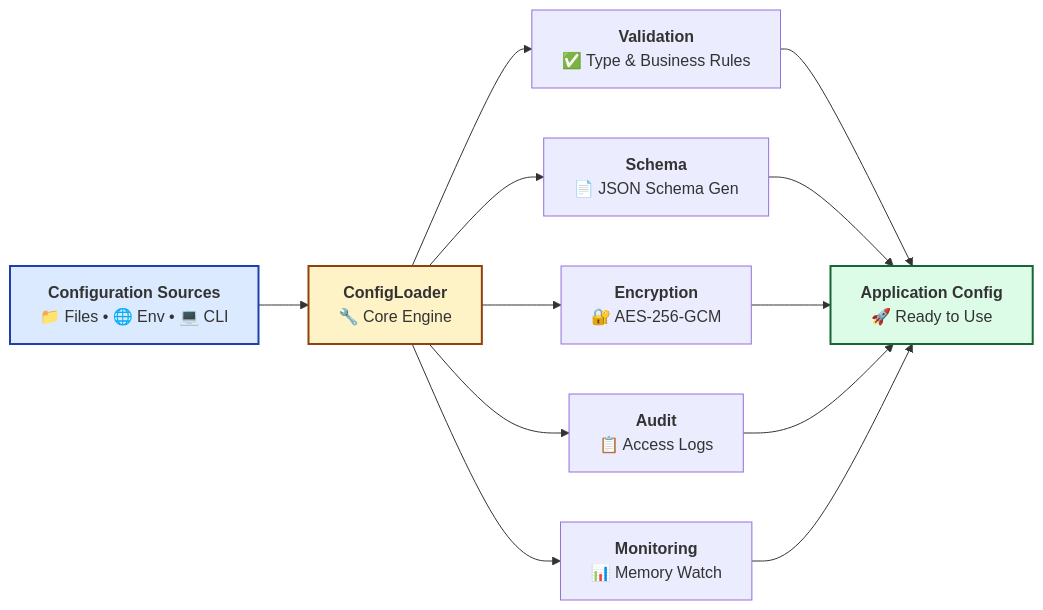
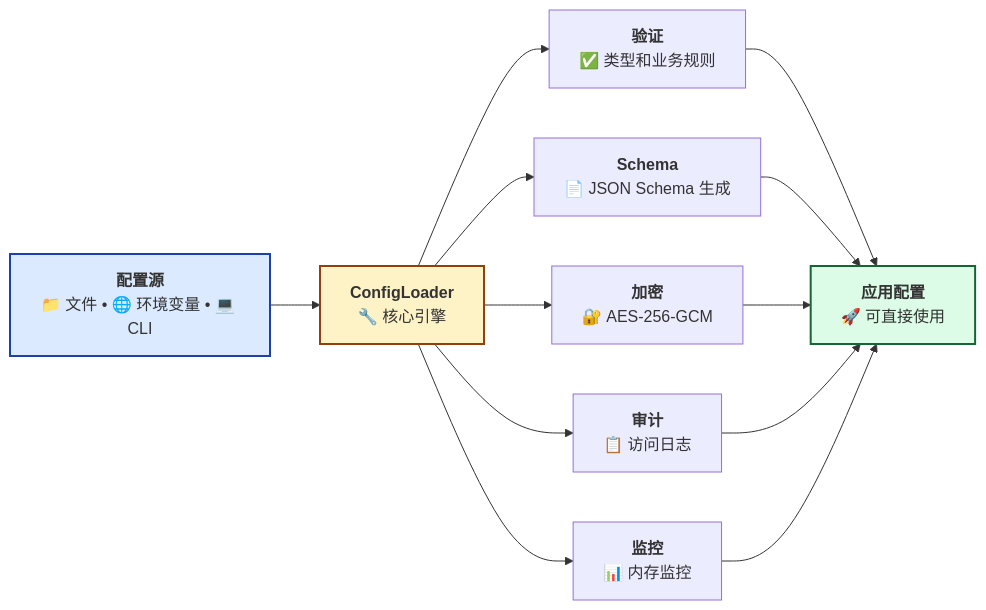
Before and after one commit to Kirky-X/confers: the first of 3 diagrams in README_zh.md, drawn with Mermaid. The commit also changed other lines of this file and 1 other file, not shown here.

First line of the commit message:
docs: remove plugin system and Web UI from roadmap

````diff
--- a/README_zh.md
+++ b/README_zh.md
@@ -175,18 +169,18 @@
 ```mermaid
 graph LR
-    A[<b>Configuration Sources</b><br/>📁 Files • 🌐 Env • 💻 CLI] --> B[<b>ConfigLoader</b><br/>🔧 Core Engine]
-    B --> C[<b>Validation</b><br/>✅ Type & Business Rules]
-    B --> D[<b>Schema</b><br/>📄 JSON Schema Gen]
-    B --> E[<b>Encryption</b><br/>🔐 AES-256-GCM]
-    B --> F[<b>Audit</b><br/>📋 Access Logs]
-    B --> G[<b>Monitoring</b><br/>📊 Memory Watch]
-    C --> H[<b>Application Config</b><br/>🚀 Ready to Use]
+    A[<b>配置源</b><br/>📁 文件 • 🌐 环境变量 • 💻 CLI] --> B[<b>ConfigLoader</b><br/>🔧 核心引擎]
+    B --> C[<b>验证</b><br/>✅ 类型和业务规则]
+    B --> D[<b>Schema</b><br/>📄 JSON Schema 生成]
+    B --> E[<b>加密</b><br/>🔐 AES-256-GCM]
+    B --> F[<b>审计</b><br/>📋 访问日志]
+    B --> G[<b>监控</b><br/>📊 内存监控]
+    C --> H[<b>应用配置</b><br/>🚀 可直接使用]
     D --> H
     E --> H
     F --> H
     G --> H
 
     style A fill:#DBEAFE,stroke:#1E40AF,stroke-width:2px
     style B fill:#FEF3C7,stroke:#92400E,stroke-width:2px
     style H fill:#DCFCE7,stroke:#166534,stroke-width:2px
 ```
````
